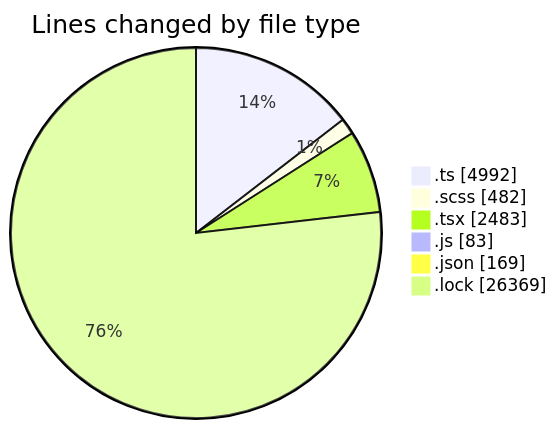
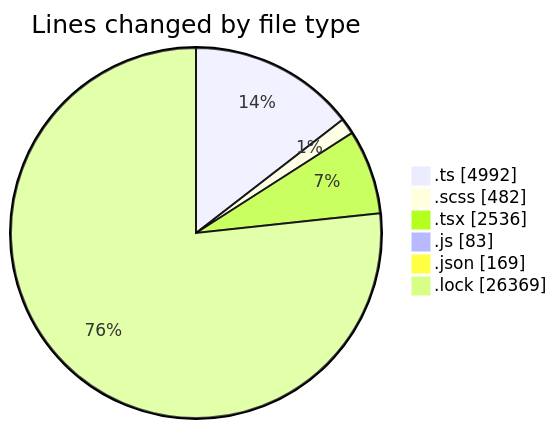
One commit to momahboobian/code-tracking changed the first of 2 diagrams in 2025-09-12/cda/README.md. Above: the diagram before and after it, drawn with Mermaid. The commit also changed other lines of this file and 1 other file, not shown here.

````diff
--- a/2025-09-12/cda/README.md
+++ b/2025-09-12/cda/README.md
@@ -34,10 +34,10 @@
 ```mermaid
 pie showData
 title Lines changed by file type
 ".ts" : 4992
 ".scss" : 482
-".tsx" : 2483
+".tsx" : 2536
 ".js" : 83
 ".json" : 169
 ".lock" : 26369
 ```
````
